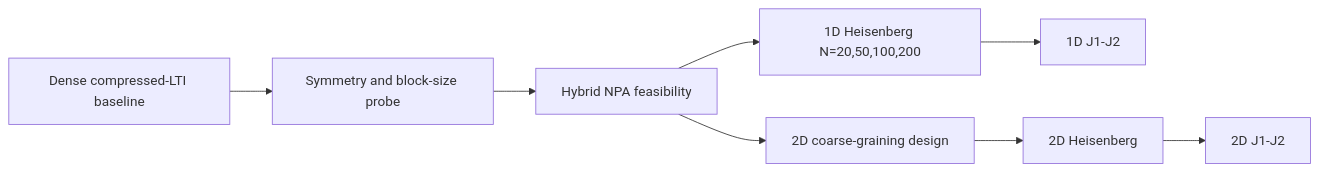
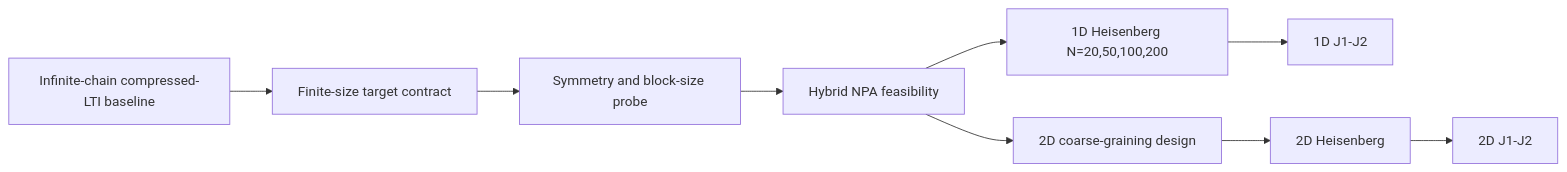
Before and after one commit to wangfh5/BoundGSEnergy: the diagram in docs/RESEARCH_PLAN.md, drawn with Mermaid. The commit also changed other lines of this file and 4 other files, not shown here.

````diff
--- a/docs/RESEARCH_PLAN.md
+++ b/docs/RESEARCH_PLAN.md
@@ -42,10 +42,11 @@
 ```mermaid
 flowchart LR
-    A[Dense compressed-LTI baseline] --> B[Symmetry and block-size probe]
-    B --> C[Hybrid NPA feasibility]
-    C --> D[1D Heisenberg N=20,50,100,200]
-    D --> E[1D J1-J2]
-    C --> F[2D coarse-graining design]
-    F --> G[2D Heisenberg]
-    G --> H[2D J1-J2]
+    A[Infinite-chain compressed-LTI baseline] --> B[Finite-size target contract]
+    B --> C[Symmetry and block-size probe]
+    C --> D[Hybrid NPA feasibility]
+    D --> E[1D Heisenberg N=20,50,100,200]
+    E --> F[1D J1-J2]
+    D --> G[2D coarse-graining design]
+    G --> H[2D Heisenberg]
+    H --> I[2D J1-J2]
 ```
````
